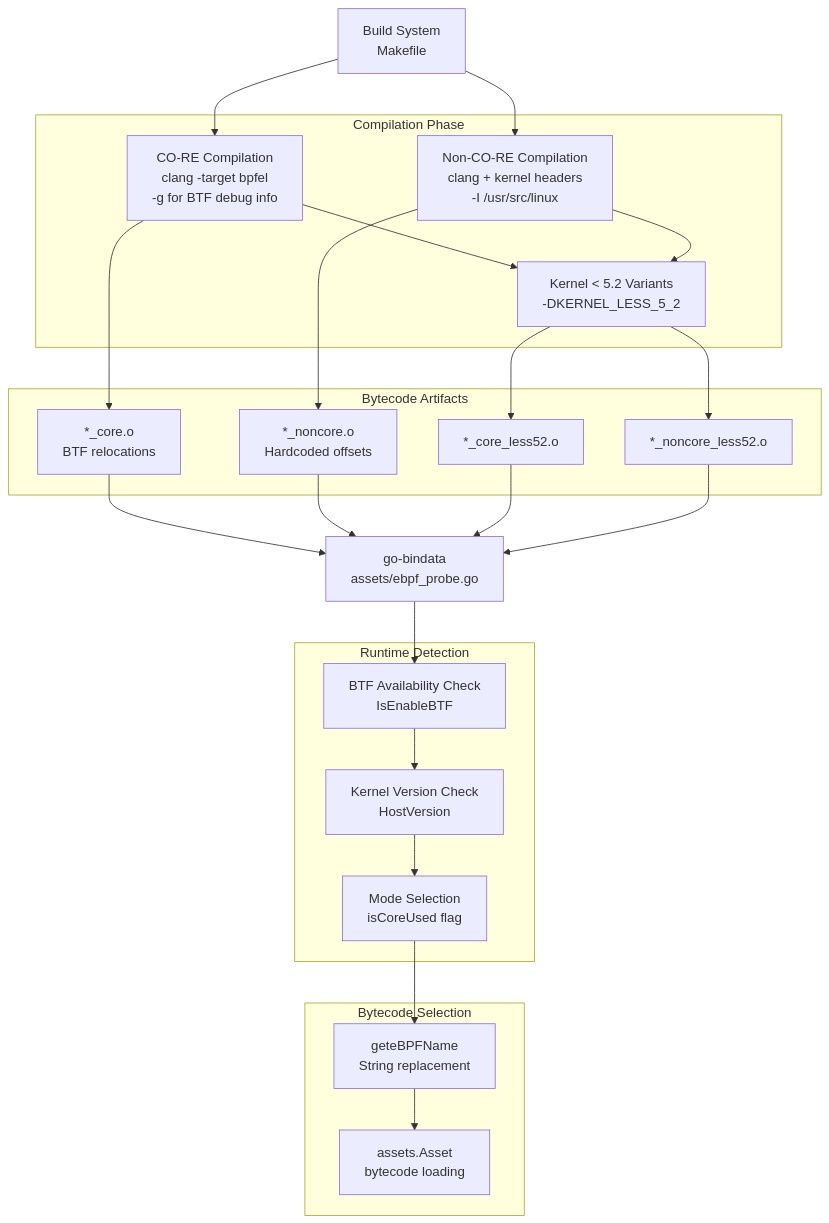
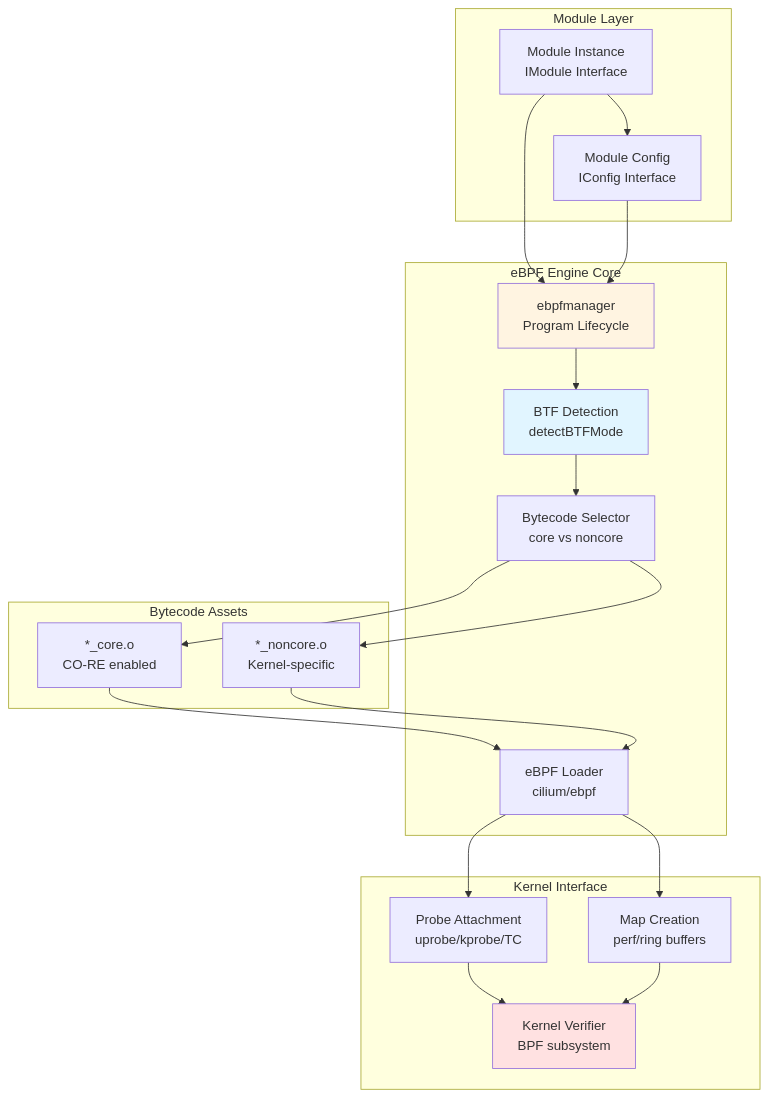
One commit to gojue/ecapture.cc changed the first of 11 diagrams in src/en/2-architecture/2.1-ebpf-engine.md. Above: the diagram before and after it, drawn with Mermaid. The commit also changed other lines of this file and 70 other files, not shown here.

Commit message:
feat: update sidebar and navigation links for architecture and shell command auditing sections

````diff
--- a/src/en/2-architecture/2.1-ebpf-engine.md
+++ b/src/en/2-architecture/2.1-ebpf-engine.md
@@ -134,51 +34,46 @@
 ```mermaid
 graph TB
-    START["Build System<br/>Makefile"]
-    
-    subgraph "Compilation Phase"
-        CORE_COMP["CO-RE Compilation<br/>clang -target bpfel<br/>-g for BTF debug info"]
-        NONCORE_COMP["Non-CO-RE Compilation<br/>clang + kernel headers<br/>-I /usr/src/linux"]
-        LESS52["Kernel < 5.2 Variants<br/>-DKERNEL_LESS_5_2"]
+    subgraph "Module Layer"
+        Module[Module Instance<br/>IModule Interface]
+        Config[Module Config<br/>IConfig Interface]
     end
     
-    subgraph "Bytecode Artifacts"
-        CORE_OBJ["*_core.o<br/>BTF relocations"]
-        NONCORE_OBJ["*_noncore.o<br/>Hardcoded offsets"]
-        LESS52_CORE["*_core_less52.o"]
-        LESS52_NONCORE["*_noncore_less52.o"]
+    subgraph "eBPF Engine Core"
+        Manager[ebpfmanager<br/>Program Lifecycle]
+        BTFDetect[BTF Detection<br/>detectBTFMode]
+        BytecodeSelect[Bytecode Selector<br/>core vs noncore]
+        Loader[eBPF Loader<br/>cilium/ebpf]
     end
     
-    EMBED["go-bindata<br/>assets/ebpf_probe.go"]
-    
-    subgraph "Runtime Detection"
-        BTF_CHECK["BTF Availability Check<br/>IsEnableBTF"]
-        KVER_CHECK["Kernel Version Check<br/>HostVersion"]
-        MODE_SELECT["Mode Selection<br/>isCoreUsed flag"]
+    subgraph "Bytecode Assets"
+        CoreBytecode["*_core.o<br/>CO-RE enabled"]
+        NonCoreBytecode["*_noncore.o<br/>Kernel-specific"]
     end
     
-    subgraph "Bytecode Selection"
-        GETEBPF["geteBPFName<br/>String replacement"]
-        LOAD["assets.Asset<br/>bytecode loading"]
+    subgraph "Kernel Interface"
+        ProbeAttach[Probe Attachment<br/>uprobe/kprobe/TC]
+        MapCreate[Map Creation<br/>perf/ring buffers]
+        Verifier[Kernel Verifier<br/>BPF subsystem]
     end
     
-    START --> CORE_COMP
-    START --> NONCORE_COMP
-    CORE_COMP --> LESS52
-    NONCORE_COMP --> LESS52
+    Module --> Config
+    Module --> Manager
+    Config --> Manager
     
-    CORE_COMP --> CORE_OBJ
-    NONCORE_COMP --> NONCORE_OBJ
-    LESS52 --> LESS52_CORE
-    LESS52 --> LESS52_NONCORE
+    Manager --> BTFDetect
+    BTFDetect --> BytecodeSelect
+    BytecodeSelect --> CoreBytecode
+    BytecodeSelect --> NonCoreBytecode
     
-    CORE_OBJ --> EMBED
-    NONCORE_OBJ --> EMBED
-    LESS52_CORE --> EMBED
-    LESS52_NONCORE --> EMBED
+    CoreBytecode --> Loader
+    NonCoreBytecode --> Loader
     
-    EMBED --> BTF_CHECK
-    BTF_CHECK --> KVER_CHECK
-    KVER_CHECK --> MODE_SELECT
-    MODE_SELECT --> GETEBPF
-    GETEBPF --> LOAD
+    Loader --> ProbeAttach
+    Loader --> MapCreate
+    ProbeAttach --> Verifier
+    MapCreate --> Verifier
+    
+    style Manager fill:#fff4e1
+    style BTFDetect fill:#e1f5ff
+    style Verifier fill:#ffe1e1
 ```
````
